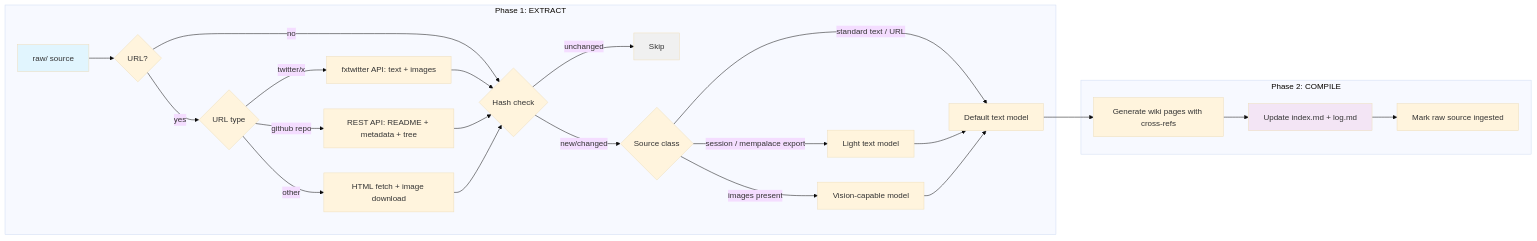
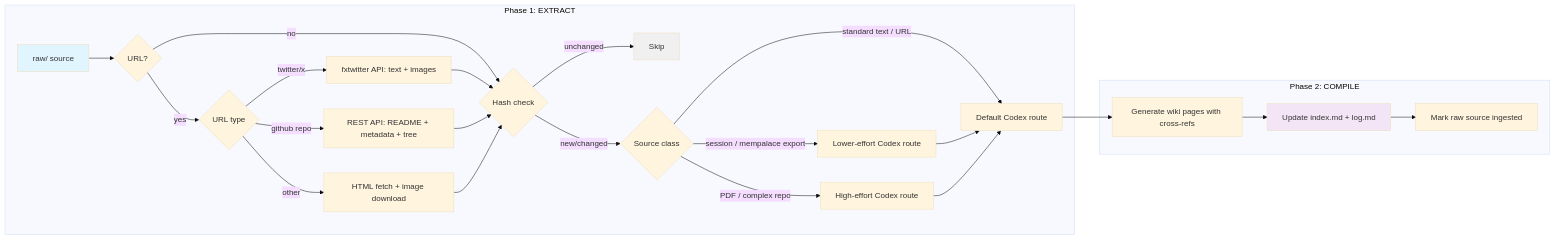
One commit to jbl306/labs-wiki changed the second of 3 diagrams in docs/architecture.md. Above: the diagram before and after it, drawn with Mermaid (base theme). The commit also changed other lines of this file and 13 other files, not shown here.

````diff
--- a/docs/architecture.md
+++ b/docs/architecture.md
@@ -74,31 +74,31 @@
 ```mermaid
 flowchart LR
     subgraph "Phase 1: EXTRACT"
         RAW[raw/ source] --> FETCH{URL?}
         FETCH -->|yes| ROUTE{URL type}
         FETCH -->|no| HASH
         ROUTE -->|twitter/x| TW[fxtwitter API: text + images]
         ROUTE -->|github repo| GH[REST API: README + metadata + tree]
         ROUTE -->|other| HTML[HTML fetch + image download]
         TW --> HASH
         GH --> HASH
         HTML --> HASH
         HASH{Hash check} -->|unchanged| SKIP[Skip]
         HASH -->|new/changed| CLASSIFY{Source class}
-        CLASSIFY -->|session / mempalace export| LIGHT[Light text model]
-        CLASSIFY -->|standard text / URL| EXTRACT[Default text model]
-        CLASSIFY -->|images present| IMG[Vision-capable model]
+        CLASSIFY -->|session / mempalace export| LIGHT[Lower-effort Codex route]
+        CLASSIFY -->|standard text / URL| EXTRACT[Default Codex route]
+        CLASSIFY -->|PDF / complex repo| IMG[High-effort Codex route]
         LIGHT --> EXTRACT
         IMG --> EXTRACT
     end
 
     subgraph "Phase 2: COMPILE"
         EXTRACT --> GEN[Generate wiki pages with cross-refs]
         GEN --> IDX[Update index.md + log.md]
         IDX --> STATUS[Mark raw source ingested]
     end
 
     style SKIP fill:#f0f0f0
     style RAW fill:#e1f5fe
     style IDX fill:#f3e5f5
 ```
````
